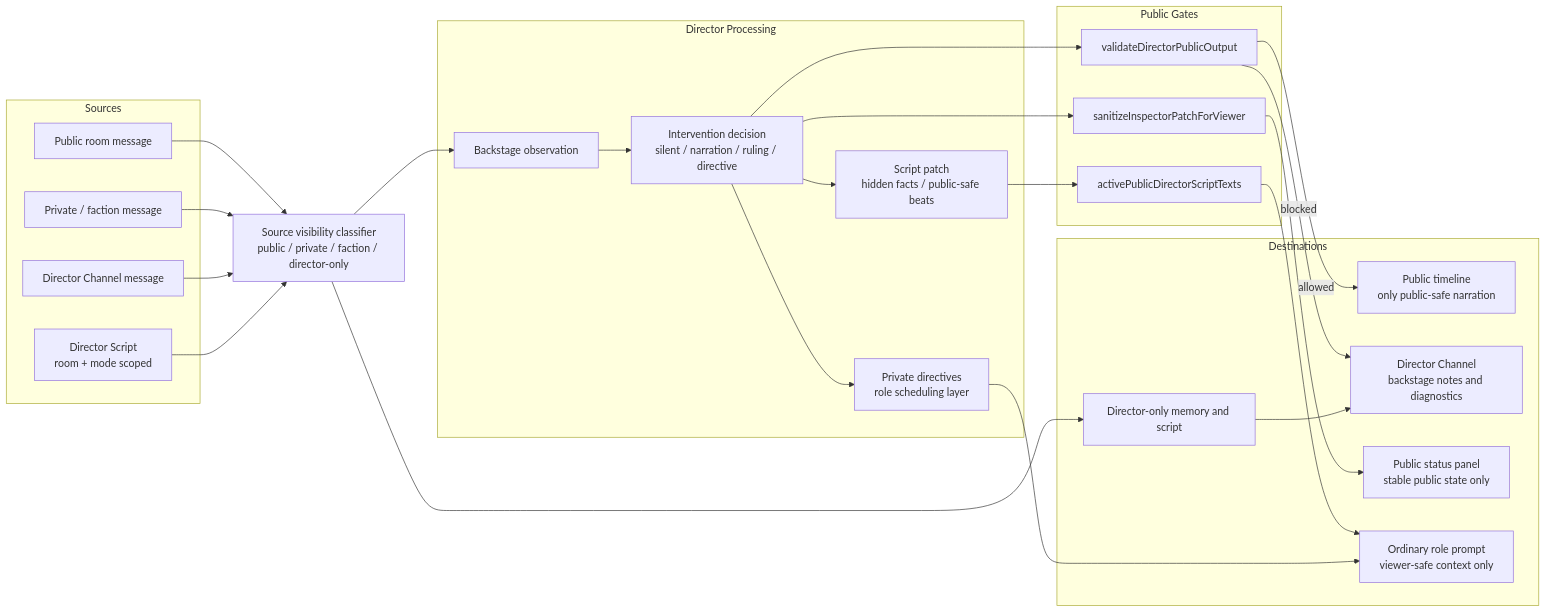
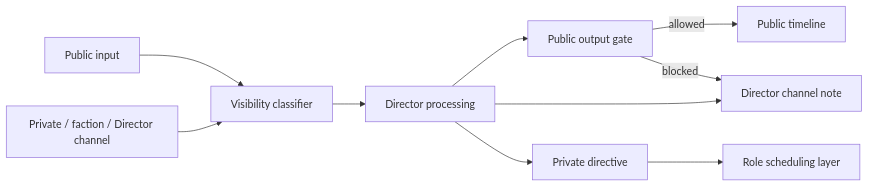
Before and after one commit to 98k4jd2qgt-ship-it/CastRoom-AI: the third of 4 diagrams in docs/architecture.md, drawn with Mermaid. The commit also changed other lines of this file and 6 other files, not shown here.

Commit message:
docs: simplify architecture documentation

````diff
--- a/docs/architecture.md
+++ b/docs/architecture.md
@@ -123,52 +53,12 @@
 ```mermaid
 flowchart LR
-  subgraph sources["Sources"]
-    publicMsg["Public room message"]
-    privateMsg["Private / faction message"]
-    directorMsg["Director Channel message"]
-    script["Director Script<br/>room + mode scoped"]
-  end
-
-  classify["Source visibility classifier<br/>public / private / faction / director-only"]
-
-  subgraph director["Director Processing"]
-    observe["Backstage observation"]
-    decide["Intervention decision<br/>silent / narration / ruling / directive"]
-    privateDirective["Private directives<br/>role scheduling layer"]
-    scriptPatch["Script patch<br/>hidden facts / public-safe beats"]
-  end
-
-  subgraph gates["Public Gates"]
-    outputGate["validateDirectorPublicOutput"]
-    inspectorGate["sanitizeInspectorPatchForViewer"]
-    scriptGate["activePublicDirectorScriptTexts"]
-  end
-
-  subgraph destinations["Destinations"]
-    publicTimeline["Public timeline<br/>only public-safe narration"]
-    directorChannel["Director Channel<br/>backstage notes and diagnostics"]
-    publicStatus["Public status panel<br/>stable public state only"]
-    rolePrompt["Ordinary role prompt<br/>viewer-safe context only"]
-    hiddenState["Director-only memory and script"]
-  end
-
-  publicMsg --> classify
-  privateMsg --> classify
-  directorMsg --> classify
-  script --> classify
-  classify --> observe
-  observe --> decide
-  decide --> privateDirective
-  decide --> scriptPatch
-  decide --> outputGate
-  scriptPatch --> scriptGate
-  decide --> inspectorGate
-
-  outputGate -->|allowed| publicTimeline
-  outputGate -->|blocked| directorChannel
-  inspectorGate --> publicStatus
-  scriptGate --> rolePrompt
-  privateDirective --> rolePrompt
-  classify --> hiddenState
-  hiddenState --> directorChannel
+  publicInput["Public input"] --> classify["Visibility classifier"]
+  privateInput["Private / faction / Director channel"] --> classify
+  classify --> director["Director processing"]
+  director --> publicGate["Public output gate"]
+  director --> backstage["Director channel note"]
+  director --> directive["Private directive"]
+  publicGate -->|allowed| publicTimeline["Public timeline"]
+  publicGate -->|blocked| backstage
+  directive --> roleTurn["Role scheduling layer"]
 ```
````
